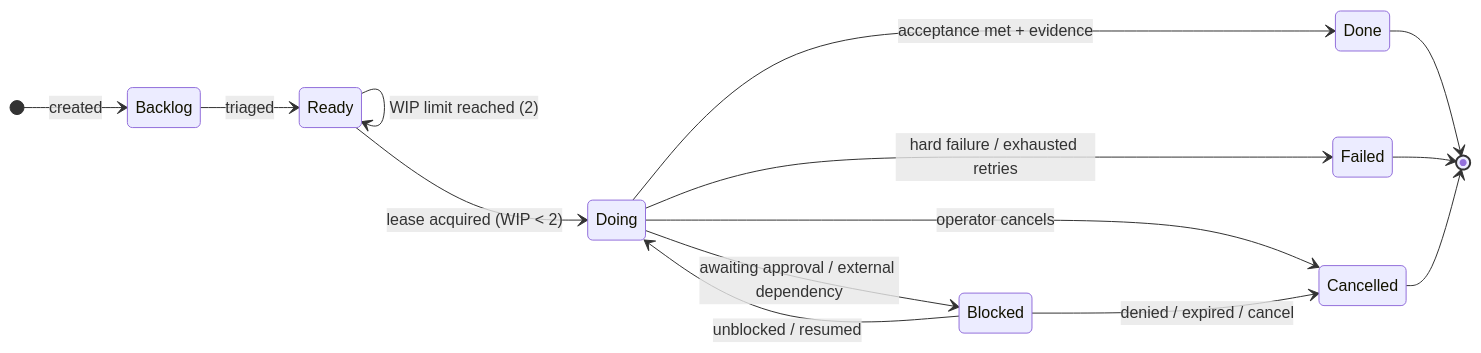
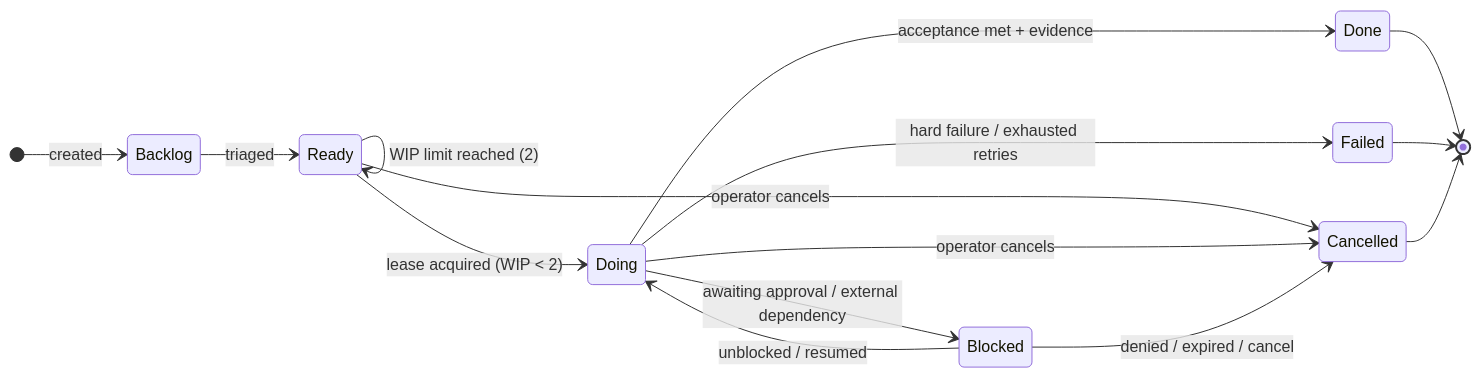
Before and after one commit to tyrumai/tyrum: the third of 3 diagrams in docs/architecture/workboard.md, drawn with Mermaid. The commit also changed 4 other files, not shown here.

````diff
--- a/docs/architecture/workboard.md
+++ b/docs/architecture/workboard.md
@@ -298,22 +298,23 @@
 ```mermaid
 stateDiagram-v2
   direction LR
 
   [*] --> Backlog: created
   Backlog --> Ready: triaged
   Ready --> Doing: lease acquired (WIP < 2)
   Ready --> Ready: WIP limit reached (2)
+  Ready --> Cancelled: operator cancels
 
   Doing --> Blocked: awaiting approval / external dependency
   Blocked --> Doing: unblocked / resumed
 
   Doing --> Done: acceptance met + evidence
   Doing --> Failed: hard failure / exhausted retries
   Doing --> Cancelled: operator cancels
 
   Blocked --> Cancelled: denied / expired / cancel
 
   Done --> [*]
   Failed --> [*]
   Cancelled --> [*]
 ```
````
